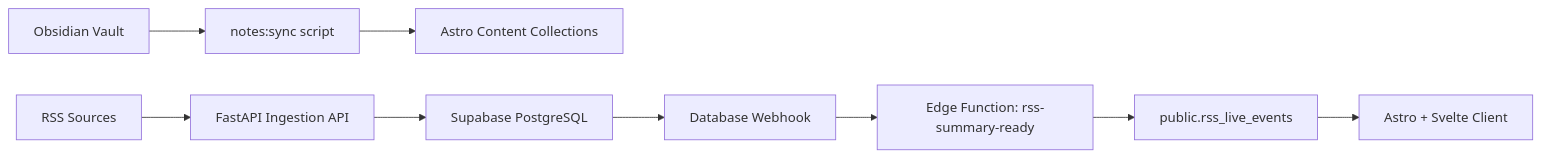
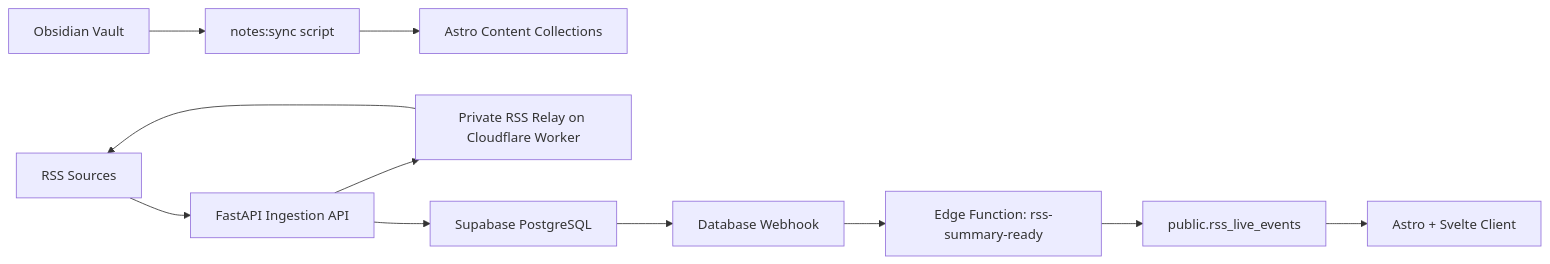
The diagram in docs/architecture.md (tech-MeLD/notesX), drawn with Mermaid before and after one commit. The commit also changed other lines of this file and 10 other files, not shown here.

Commit message:
解决部分rss源抓取失败的问题，复用现有 Cloudflare Worker 做私有 RSS 抓取中转

````diff
--- a/docs/architecture.md
+++ b/docs/architecture.md
@@ -13,11 +13,13 @@
 ```mermaid
 graph LR
   Vault["Obsidian Vault"] --> Sync["notes:sync script"]
   Sync --> Astro["Astro Content Collections"]
   RSS["RSS Sources"] --> API["FastAPI Ingestion API"]
+  API --> Relay["Private RSS Relay on Cloudflare Worker"]
+  Relay --> RSS
   API --> DB["Supabase PostgreSQL"]
   DB --> Webhook["Database Webhook"]
   Webhook --> Edge["Edge Function: rss-summary-ready"]
   Edge --> Events["public.rss_live_events"]
   Events --> Web["Astro + Svelte Client"]
 ```
````
